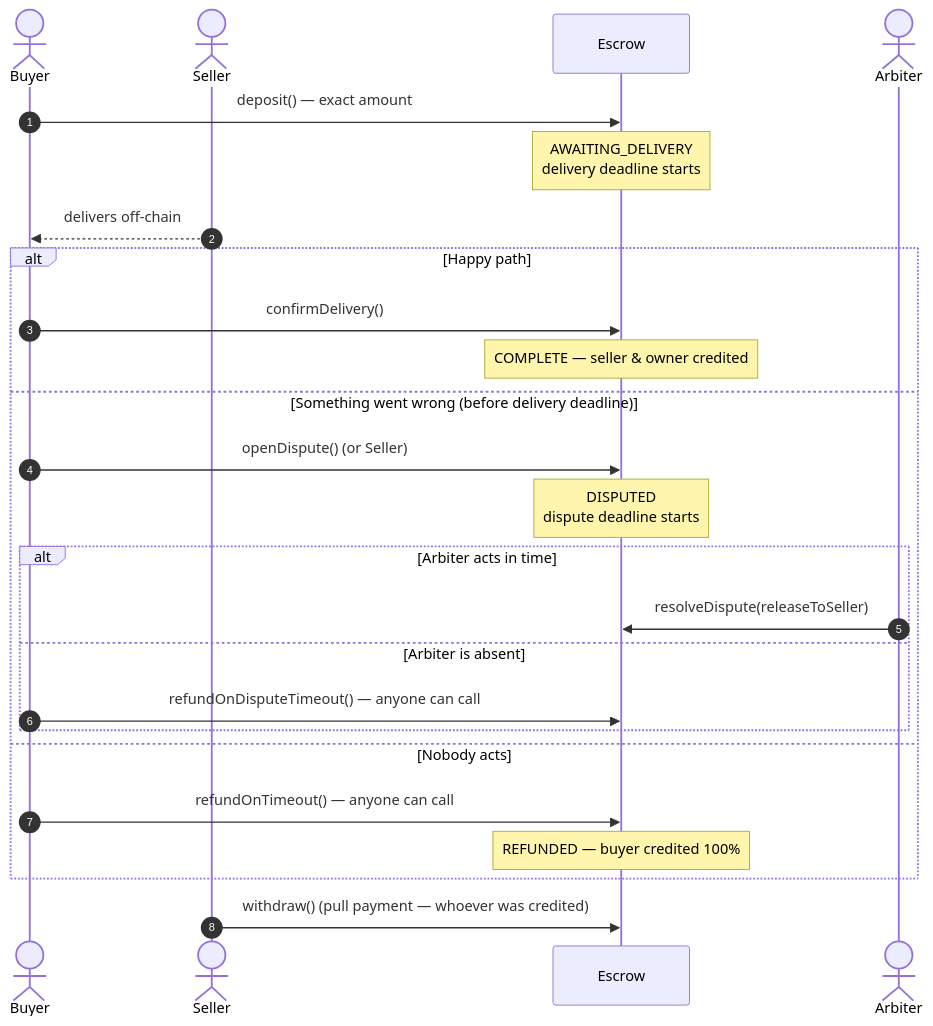
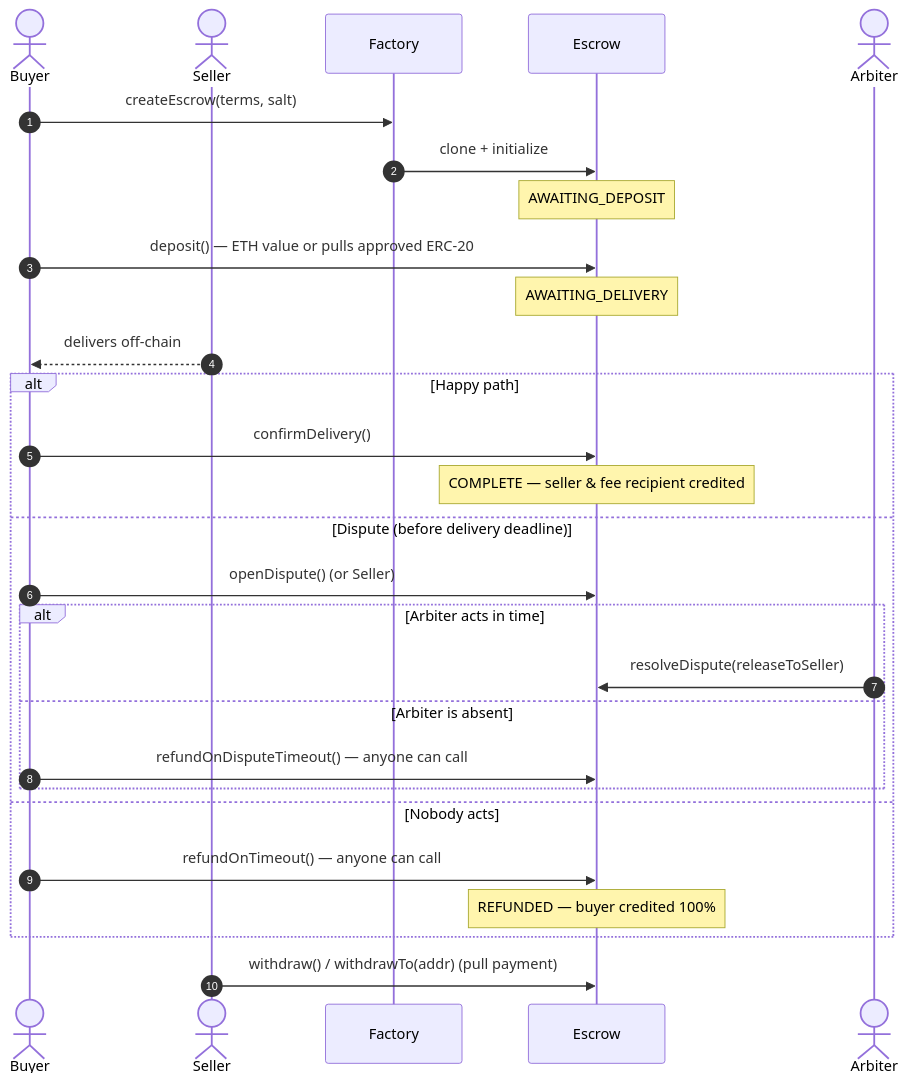
The second of 3 diagrams in README.md (mahz24/defi-escrow), drawn with Mermaid before and after one commit. The commit also changed other lines of this file and 3 other files, not shown here.

First line of the commit message:
docs: document v4 architecture, token support and threat model

````diff
--- a/README.md
+++ b/README.md
@@ -51,30 +83,33 @@
 ```mermaid
 sequenceDiagram
     autonumber
     actor Buyer
     actor Seller
+    participant Factory
     participant Escrow
     actor Arbiter
 
-    Buyer->>Escrow: deposit() — exact amount
-    Note over Escrow: AWAITING_DELIVERY<br/>delivery deadline starts
+    Buyer->>Factory: createEscrow(terms, salt)
+    Factory->>Escrow: clone + initialize
+    Note over Escrow: AWAITING_DEPOSIT
+    Buyer->>Escrow: deposit() — ETH value or pulls approved ERC-20
+    Note over Escrow: AWAITING_DELIVERY
     Seller-->>Buyer: delivers off-chain
 
     alt Happy path
         Buyer->>Escrow: confirmDelivery()
-        Note over Escrow: COMPLETE — seller & owner credited
-    else Something went wrong (before delivery deadline)
+        Note over Escrow: COMPLETE — seller & fee recipient credited
+    else Dispute (before delivery deadline)
         Buyer->>Escrow: openDispute()  (or Seller)
-        Note over Escrow: DISPUTED<br/>dispute deadline starts
         alt Arbiter acts in time
             Arbiter->>Escrow: resolveDispute(releaseToSeller)
         else Arbiter is absent
             Buyer->>Escrow: refundOnDisputeTimeout() — anyone can call
         end
     else Nobody acts
         Buyer->>Escrow: refundOnTimeout() — anyone can call
         Note over Escrow: REFUNDED — buyer credited 100%
     end
 
-    Seller->>Escrow: withdraw()  (pull payment — whoever was credited)
+    Seller->>Escrow: withdraw() / withdrawTo(addr)  (pull payment)
 ```
````
